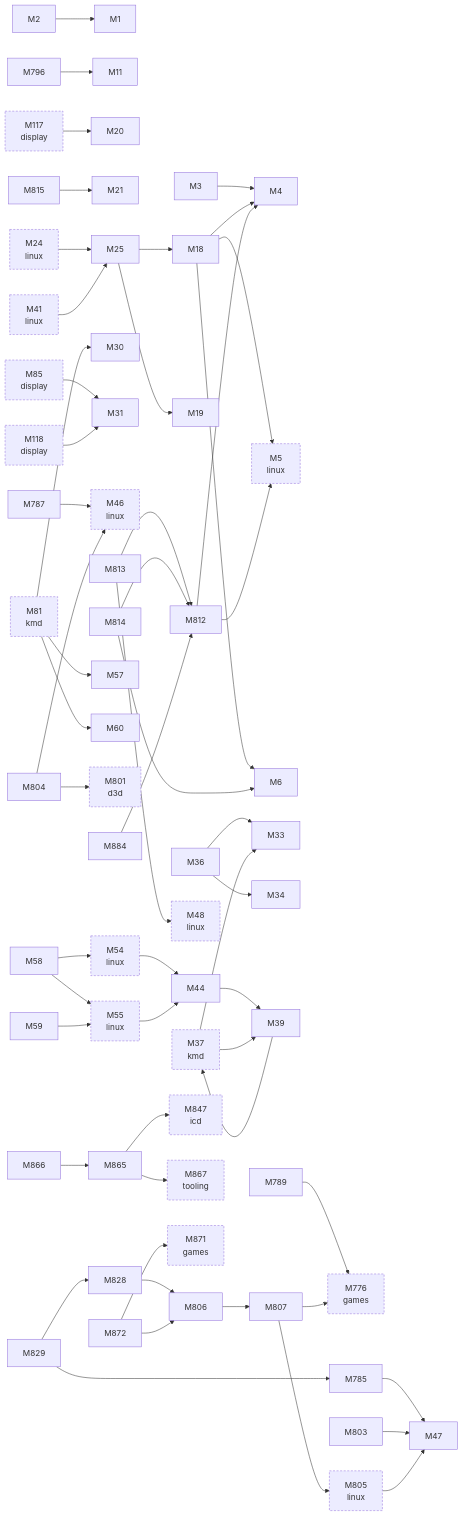
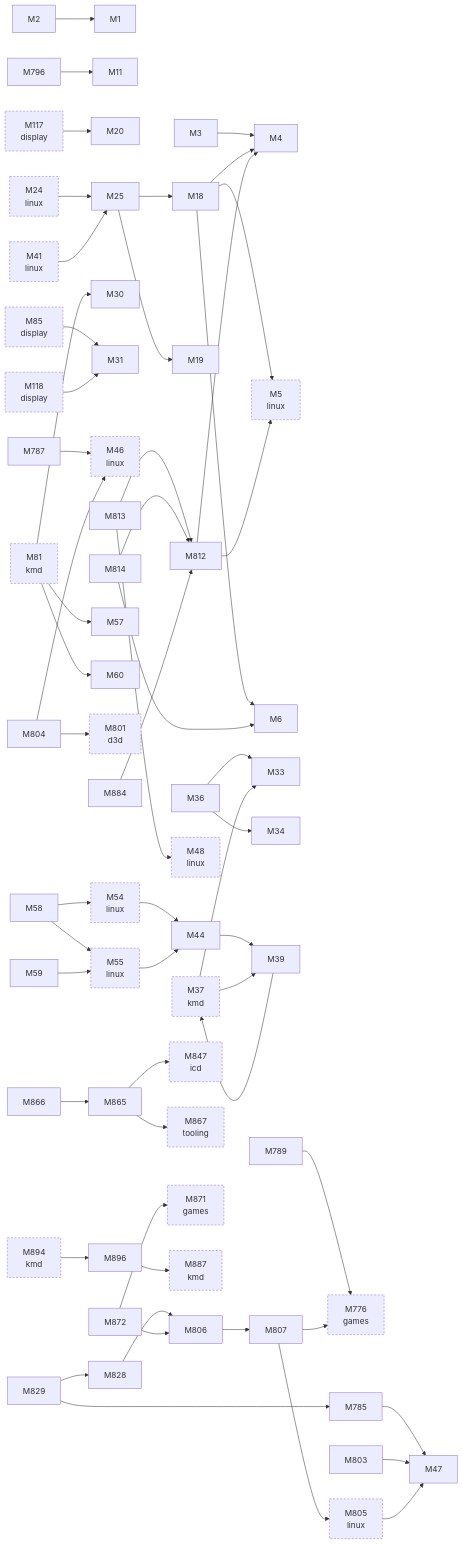
Before and after one commit to D-Ogi/amdgpu-wddm: the second of 3 diagrams in docs/facts/graphs/hardware.md, drawn with Mermaid. The commit also changed other lines of this file and 119 other files, not shown here.

````diff
--- a/docs/facts/graphs/hardware.md
+++ b/docs/facts/graphs/hardware.md
@@ -83,7 +86,6 @@
   M18["M18"]
   M19["M19"]
   M20["M20"]
-  M21["M21"]
   M24["M24<br/>linux"]
   M25["M25"]
   M30["M30"]
@@ -122,7 +124,6 @@
   M812["M812"]
   M813["M813"]
   M814["M814"]
-  M815["M815"]
   M828["M828"]
   M829["M829"]
   M847["M847<br/>icd"]
@@ -132,6 +133,9 @@
   M871["M871<br/>games"]
   M872["M872"]
   M884["M884"]
+  M887["M887<br/>kmd"]
+  M894["M894<br/>kmd"]
+  M896["M896"]
   M2 --> M1
   M3 --> M4
   M18 --> M4
@@ -162,7 +166,6 @@
   M813 --> M812
   M814 --> M6
   M814 --> M812
-  M815 --> M21
   M828 --> M806
   M829 --> M785
   M829 --> M828
@@ -172,11 +175,13 @@
   M872 --> M806
   M872 --> M871
   M884 --> M812
+  M896 --> M887
   M37 --> M33
   M37 --> M39
   M81 --> M30
   M81 --> M57
   M81 --> M60
+  M894 --> M896
   M85 --> M31
   M117 --> M20
   M118 --> M31
@@ -186,5 +191,5 @@
   M55 --> M44
   M805 --> M47
   classDef other stroke-dasharray:4 3
-  class M5,M24,M37,M41,M46,M48,M54,M55,M81,M85,M117,M118,M776,M801,M805,M847,M867,M871 other
+  class M5,M24,M37,M41,M46,M48,M54,M55,M81,M85,M117,M118,M776,M801,M805,M847,M867,M871,M887,M894 other
 ```
````
